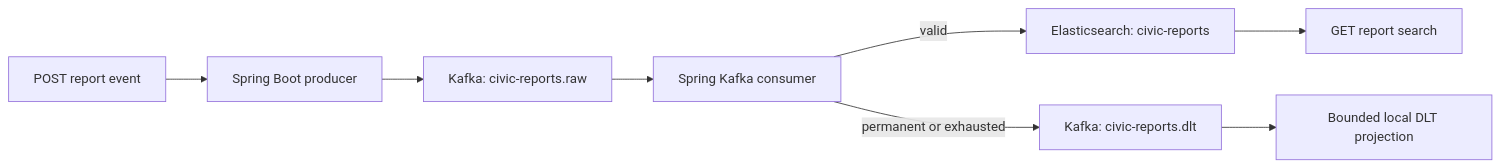
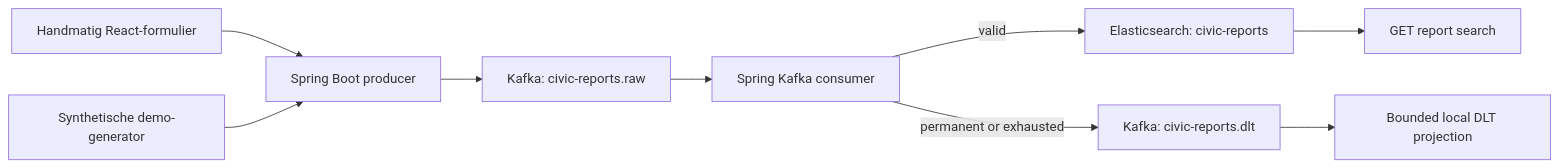
Before and after one commit to salahooo/CivicSignalNL: the diagram in docs/architecture.md, drawn with Mermaid. The commit also changed 22 other files, not shown here.

````diff
--- a/docs/architecture.md
+++ b/docs/architecture.md
@@ -3,10 +3,11 @@
 ```mermaid
 flowchart LR
-    A[POST report event] --> B[Spring Boot producer]
+    A[Handmatig React-formulier] --> B[Spring Boot producer]
+    X[Synthetische demo-generator] --> B
     B --> C[Kafka: civic-reports.raw]
     C --> D[Spring Kafka consumer]
     D -->|valid| E[Elasticsearch: civic-reports]
     D -->|permanent or exhausted| G[Kafka: civic-reports.dlt]
     G --> H[Bounded local DLT projection]
     E --> F[GET report search]
 ```
````
